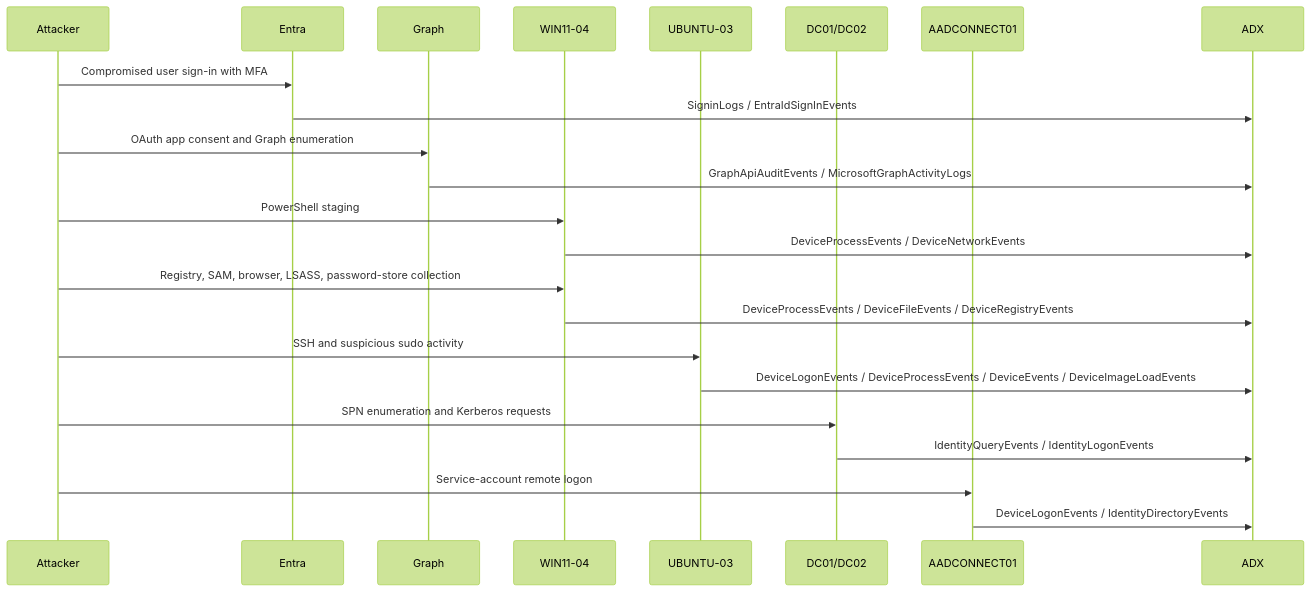
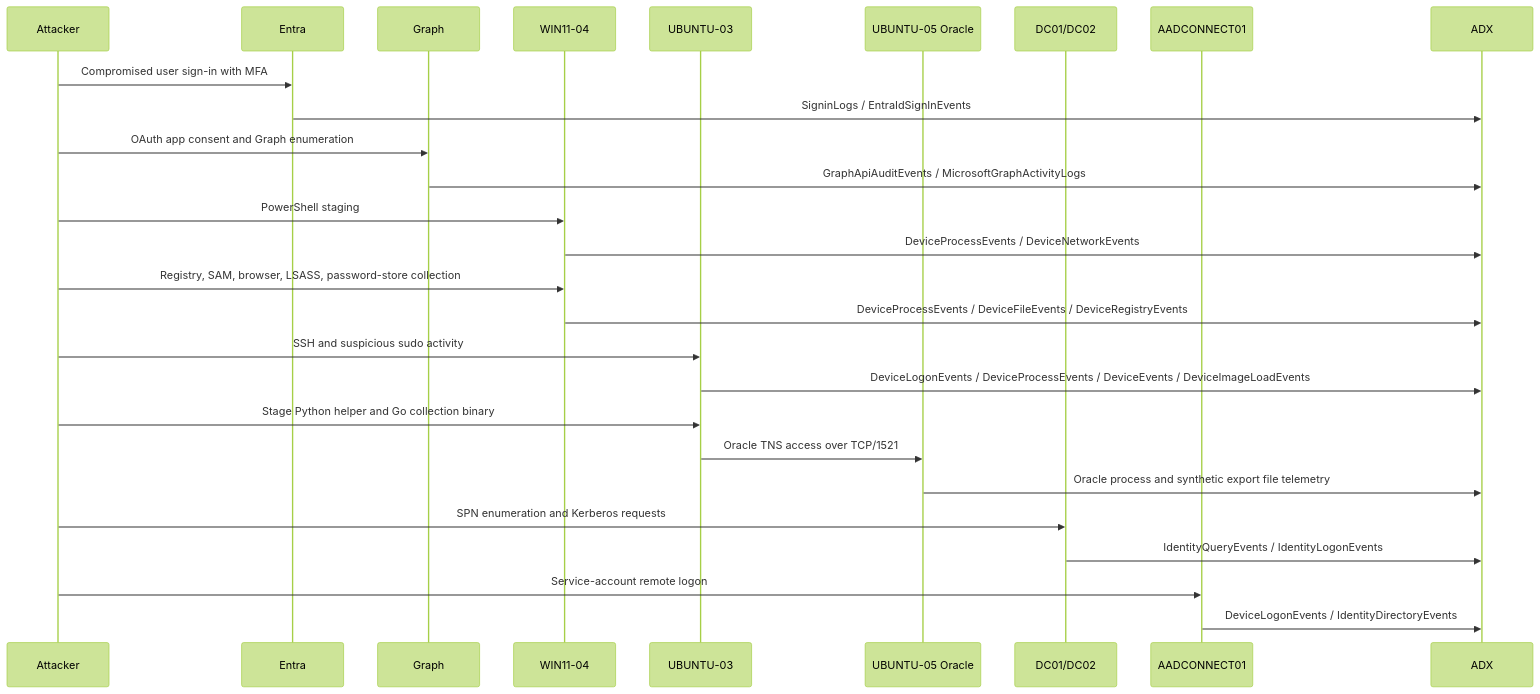
One commit to dcodev1702/Cyber-Defense-Workshop-ADX changed the second of 3 diagrams in docs/diagrams.md. Above: the diagram before and after it, drawn with Mermaid (forest theme). The commit also changed other lines of this file and 50 other files, not shown here.

Commit message:
Add telemetry cache mode and Linux Oracle branch

````diff
--- a/docs/diagrams.md
+++ b/docs/diagrams.md
@@ -34,26 +35,30 @@
 ```mermaid
 sequenceDiagram
     participant Attacker
     participant Entra
     participant Graph
     participant WIN11 as WIN11-04
     participant LINUX as UBUNTU-03
+    participant ORACLE as UBUNTU-05 Oracle
     participant DC as DC01/DC02
     participant AADC as AADCONNECT01
     participant ADX
 
     Attacker->>Entra: Compromised user sign-in with MFA
     Entra->>ADX: SigninLogs / EntraIdSignInEvents
     Attacker->>Graph: OAuth app consent and Graph enumeration
     Graph->>ADX: GraphApiAuditEvents / MicrosoftGraphActivityLogs
     Attacker->>WIN11: PowerShell staging
     WIN11->>ADX: DeviceProcessEvents / DeviceNetworkEvents
     Attacker->>WIN11: Registry, SAM, browser, LSASS, password-store collection
     WIN11->>ADX: DeviceProcessEvents / DeviceFileEvents / DeviceRegistryEvents
     Attacker->>LINUX: SSH and suspicious sudo activity
     LINUX->>ADX: DeviceLogonEvents / DeviceProcessEvents / DeviceEvents / DeviceImageLoadEvents
+    Attacker->>LINUX: Stage Python helper and Go collection binary
+    LINUX->>ORACLE: Oracle TNS access over TCP/1521
+    ORACLE->>ADX: Oracle process and synthetic export file telemetry
     Attacker->>DC: SPN enumeration and Kerberos requests
     DC->>ADX: IdentityQueryEvents / IdentityLogonEvents
     Attacker->>AADC: Service-account remote logon
     AADC->>ADX: DeviceLogonEvents / IdentityDirectoryEvents
 ```
````
